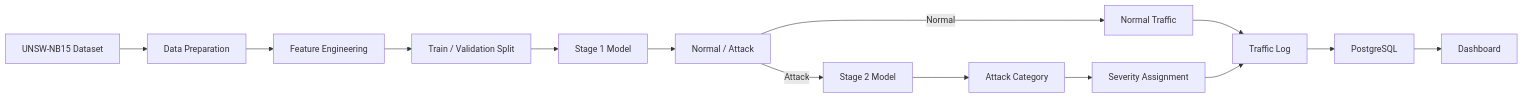
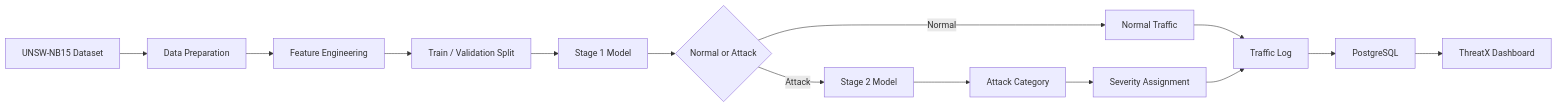
Before and after one commit to debnathkaushik79-svg/ThreatX: the second of 3 diagrams in README.md, drawn with Mermaid. The commit also changed other lines of this file, not shown here.

````diff
--- a/README.md
+++ b/README.md
@@ -71,21 +74,21 @@
 ```mermaid
 flowchart LR
     A[UNSW-NB15 Dataset] --> B[Data Preparation]
     B --> C[Feature Engineering]
     C --> D[Train / Validation Split]
 
     D --> E[Stage 1 Model]
-    E --> F[Normal / Attack]
+    E --> F{Normal or Attack}
 
-    F -->|Attack| G[Stage 2 Model]
-    G --> H[Attack Category]
+    F -->|Normal| G[Normal Traffic]
+    F -->|Attack| H[Stage 2 Model]
 
-    F -->|Normal| I[Normal Traffic]
+    H --> I[Attack Category]
+    I --> J[Severity Assignment]
 
-    H --> J[Severity Assignment]
-    I --> K[Traffic Log]
+    G --> K[Traffic Log]
     J --> K
 
     K --> L[PostgreSQL]
-    L --> M[Dashboard]
+    L --> M[ThreatX Dashboard]
 ```
````
